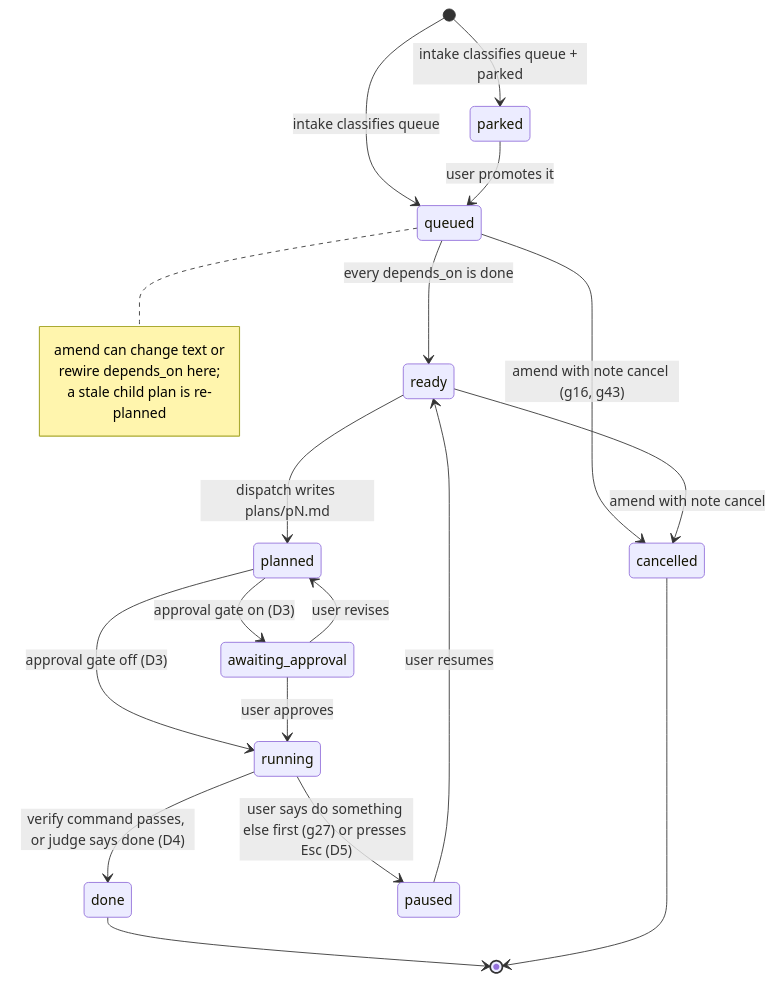
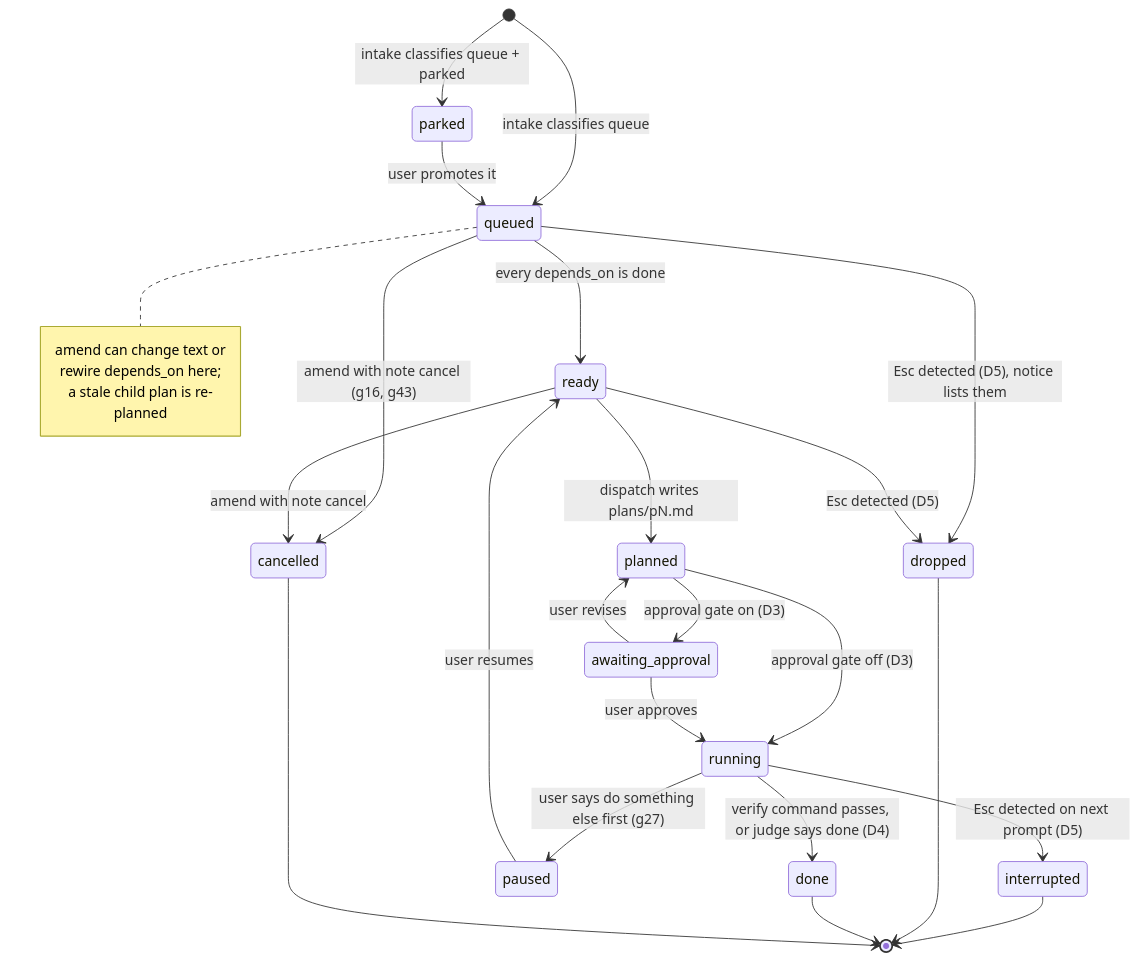
The sixth of 10 diagrams in docs/flows.md (0xEl1yahu/queue-switchclaude), drawn with Mermaid before and after one commit. The commit also changed other lines of this file and 4 other files, not shown here.

First line of the commit message:
Record D5 and fold decisions D1-D5 into the spec, flows and README

````diff
--- a/docs/flows.md
+++ b/docs/flows.md
@@ -136,25 +138,30 @@
 ```mermaid
 stateDiagram-v2
     [*] --> queued: intake classifies queue
     [*] --> parked: intake classifies queue + parked
     parked --> queued: user promotes it
     queued --> ready: every depends_on is done
     ready --> planned: dispatch writes plans/pN.md
     planned --> awaiting_approval: approval gate on (D3)
     planned --> running: approval gate off (D3)
     awaiting_approval --> running: user approves
     awaiting_approval --> planned: user revises
     running --> done: verify command passes, or judge says done (D4)
-    running --> paused: user says do something else first (g27) or presses Esc (D5)
+    running --> paused: user says do something else first (g27)
     paused --> ready: user resumes
+    running --> interrupted: Esc detected on next prompt (D5)
+    queued --> dropped: Esc detected (D5), notice lists them
+    ready --> dropped: Esc detected (D5)
+    interrupted --> [*]
+    dropped --> [*]
     queued --> cancelled: amend with note cancel (g16, g43)
     ready --> cancelled: amend with note cancel
     done --> [*]
     cancelled --> [*]
 
     note right of queued
         amend can change text or
         rewire depends_on here;
         a stale child plan is re-planned
     end note
 ```
````
